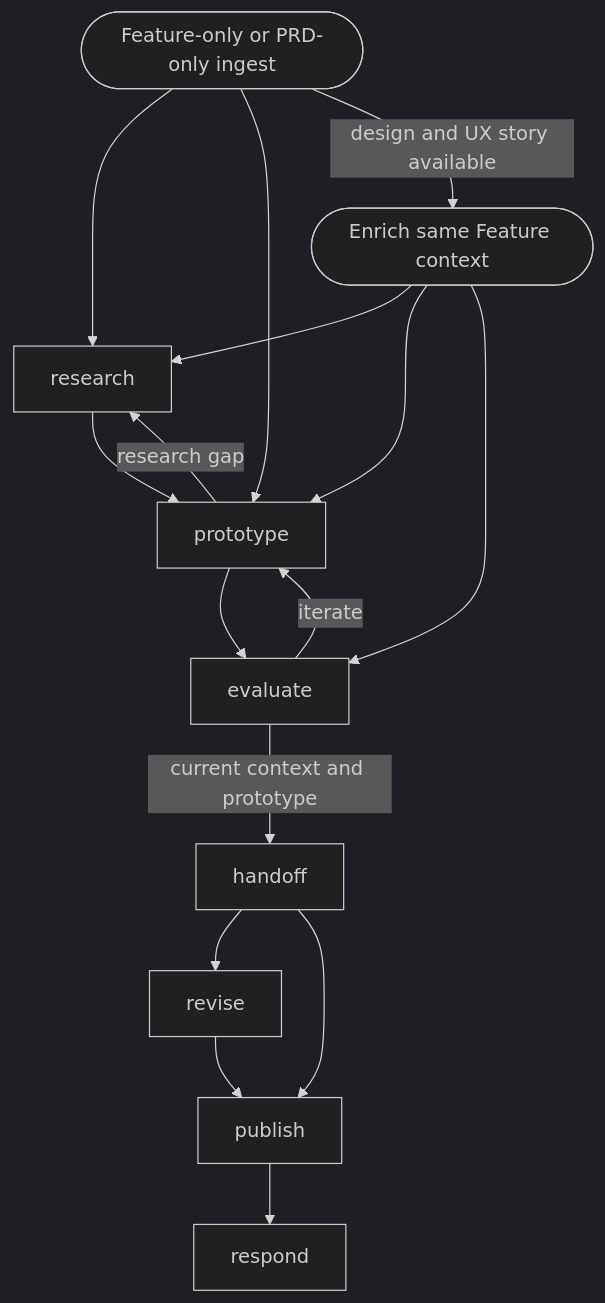
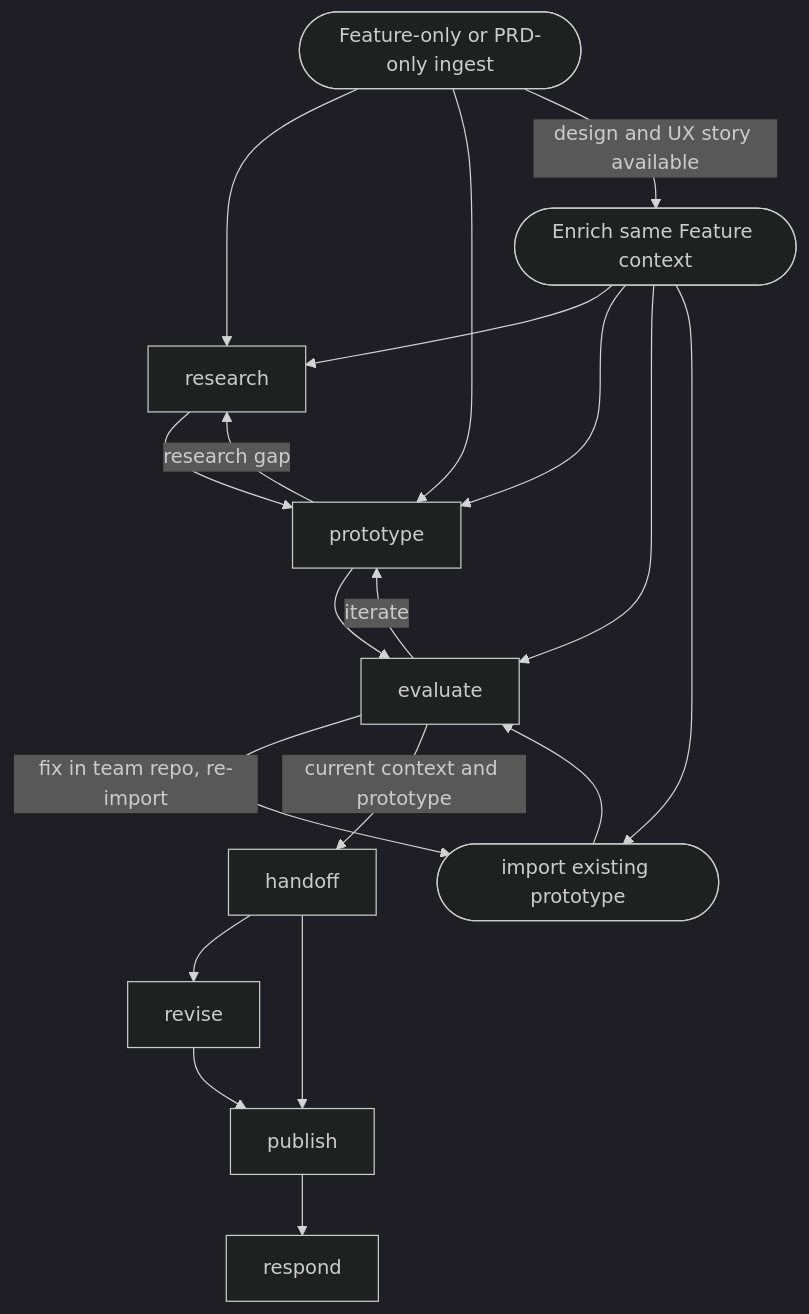
The diagram in ux-design/README.md (flightctl/ai-workflows), drawn with Mermaid (dark theme) before and after one commit. The commit also changed other lines of this file and 7 other files, not shown here.

````diff
--- a/ux-design/README.md
+++ b/ux-design/README.md
@@ -12,18 +12,21 @@
 ```mermaid
 graph TD
     early_ingest([Feature-only or PRD-only ingest]) --> research
     early_ingest --> prototype
     research --> prototype
     prototype --> evaluate
     evaluate -->|iterate| prototype
     prototype -->|research gap| research
     early_ingest -->|design and UX story available| enrich([Enrich same Feature context])
     enrich --> research
     enrich --> prototype
     enrich --> evaluate
+    enrich --> import_proto([import existing prototype])
+    import_proto --> evaluate
+    evaluate -->|fix in team repo, re-import| import_proto
     evaluate -->|current context and prototype| handoff
     handoff --> revise
     handoff --> publish
     revise --> publish
     publish --> respond
 ```
````
